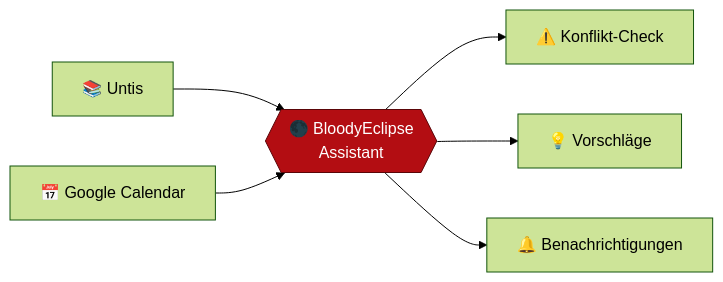
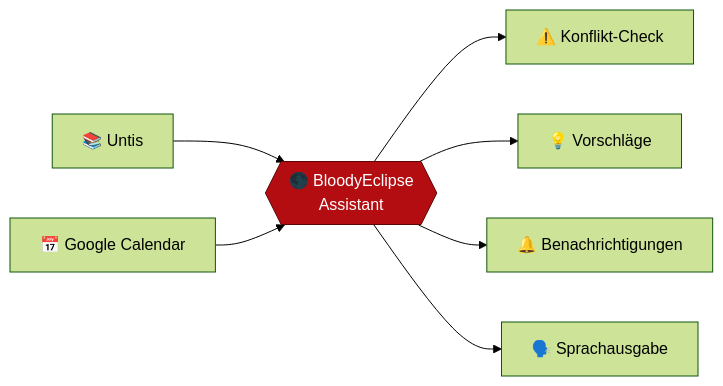
Before and after one commit to Duo-FrozenPIXEL/BloodyEclipseAssistant: the diagram in README.md, drawn with Mermaid (forest theme). The commit also changed other lines of this file and 7 other files, not shown here.

````diff
--- a/README.md
+++ b/README.md
@@ -43,9 +52,10 @@
 ```mermaid
 flowchart LR
     U[📚 Untis] --> A{{🌑 BloodyEclipse<br/>Assistant}}
     G[📅 Google Calendar] --> A
     A --> K[⚠️ Konflikt-Check]
     A --> V[💡 Vorschläge]
     A --> N[🔔 Benachrichtigungen]
+    A --> S[🗣️ Sprachausgabe]
     style A fill:#b30d12,stroke:#5a0508,color:#fff
 ```
````
